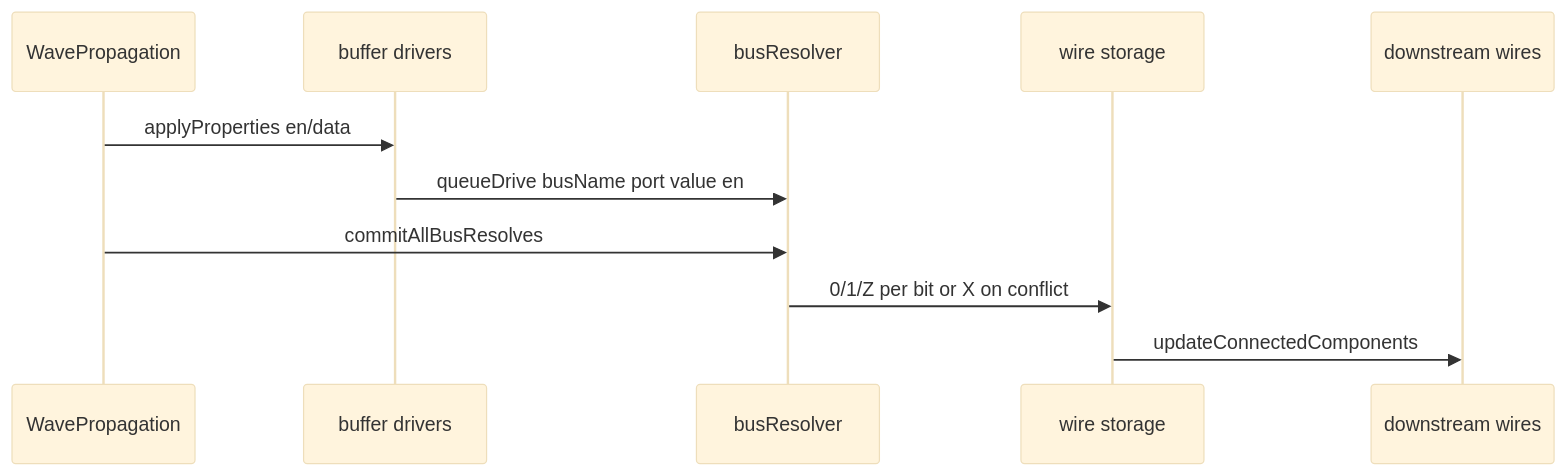
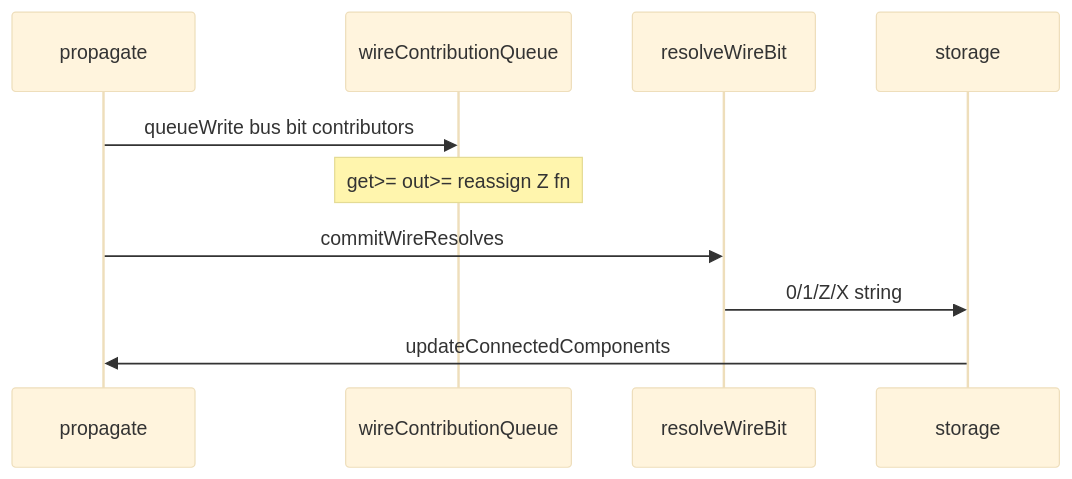
One commit to epsislow/logic-algebra-js changed the second of 2 diagrams in library/logTscript/.cursor/plans/tristate_bus_buffer.plan.md. Above: the diagram before and after it, drawn with Mermaid (base theme). The commit also changed other lines of this file, not shown here.

````diff
--- a/library/logTscript/.cursor/plans/tristate_bus_buffer.plan.md
+++ b/library/logTscript/.cursor/plans/tristate_bus_buffer.plan.md
@@ -125,14 +165,13 @@
 ```mermaid
 sequenceDiagram
-  participant Wave as WavePropagation
-  participant Buf as buffer drivers
-  participant Res as busResolver
-  participant Store as wire storage
-  participant Down as downstream wires
+  participant Prop as propagate
+  participant Q as wireContributionQueue
+  participant Res as resolveWireBit
+  participant Store as storage
 
-  Wave->>Buf: applyProperties en/data
-  Buf->>Res: queueDrive busName port value en
-  Wave->>Res: commitAllBusResolves
-  Res->>Store: 0/1/Z per bit or X on conflict
-  Store->>Down: updateConnectedComponents
+  Prop->>Q: queueWrite bus bit contributors
+  Note over Q: get>= out>= reassign Z fn
+  Prop->>Res: commitWireResolves
+  Res->>Store: 0/1/Z/X string
+  Store->>Prop: updateConnectedComponents
 ```
````
